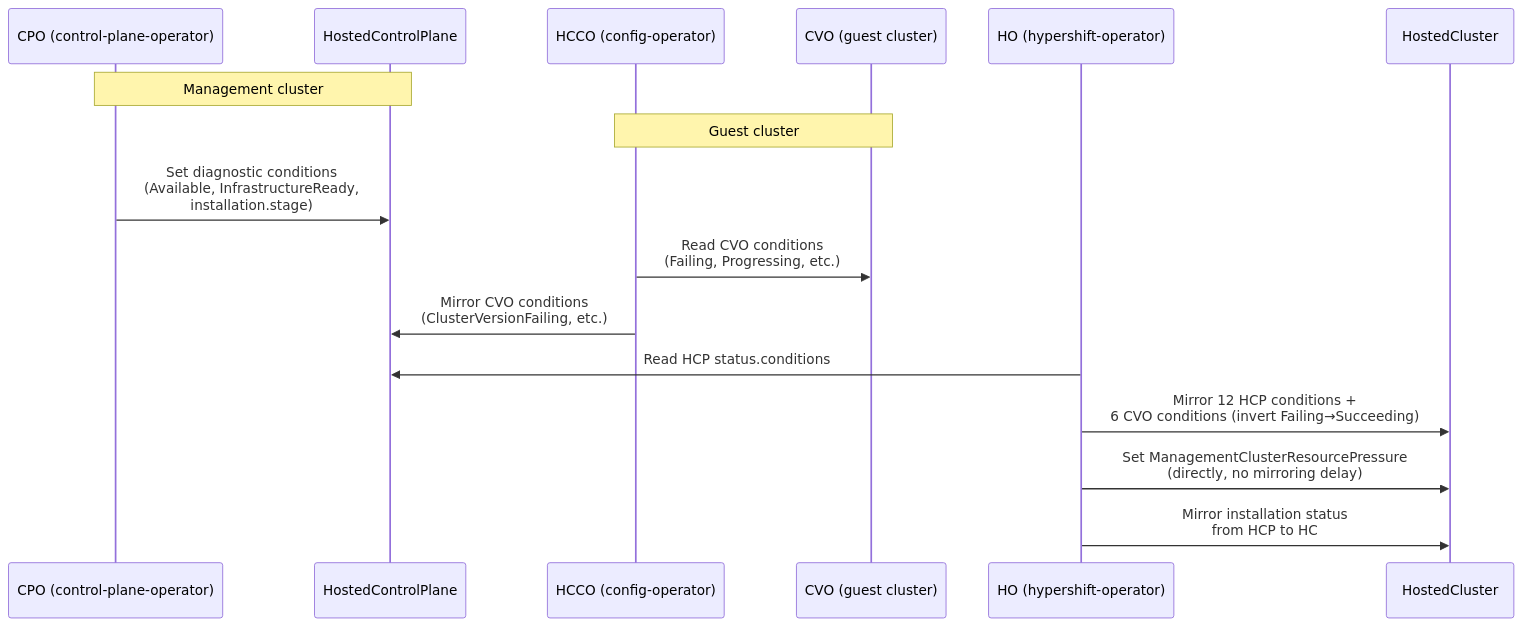
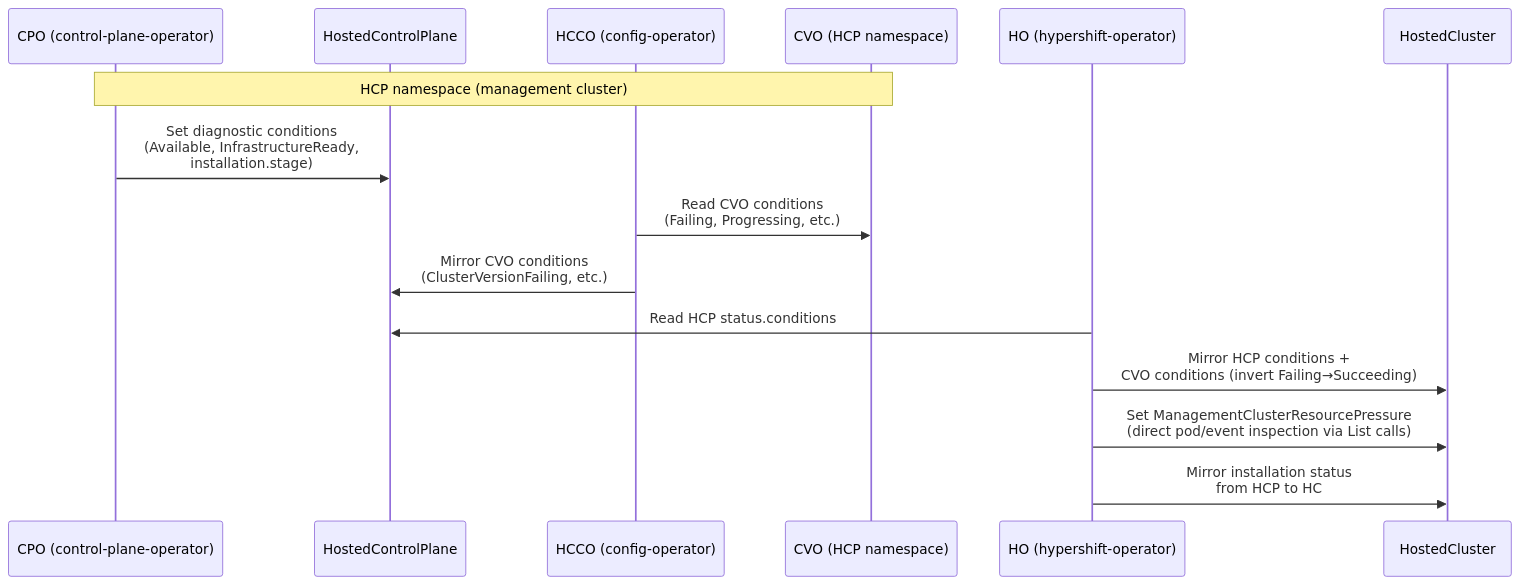
Before and after one commit to openshift/enhancements: the first of 2 diagrams in enhancements/hypershift/installation-failure-debuggability.md, drawn with Mermaid. The commit also changed other lines of this file, not shown here.

````diff
--- a/enhancements/hypershift/installation-failure-debuggability.md
+++ b/enhancements/hypershift/installation-failure-debuggability.md
@@ -269,20 +270,19 @@
 ```mermaid
 sequenceDiagram
     participant CPO as CPO (control-plane-operator)
     participant HCP as HostedControlPlane
     participant HCCO as HCCO (config-operator)
-    participant CVO as CVO (guest cluster)
+    participant CVO as CVO (HCP namespace)
     participant HO as HO (hypershift-operator)
     participant HC as HostedCluster
 
-    Note over CPO,HCP: Management cluster
-    Note over HCCO,CVO: Guest cluster
+    Note over CPO,CVO: HCP namespace (management cluster)
 
     CPO->>HCP: Set diagnostic conditions<br/>(Available, InfrastructureReady,<br/>installation.stage)
     HCCO->>CVO: Read CVO conditions<br/>(Failing, Progressing, etc.)
     HCCO->>HCP: Mirror CVO conditions<br/>(ClusterVersionFailing, etc.)
     HO->>HCP: Read HCP status.conditions
-    HO->>HC: Mirror 12 HCP conditions +<br/>6 CVO conditions (invert Failing→Succeeding)
-    HO->>HC: Set ManagementClusterResourcePressure<br/>(directly, no mirroring delay)
+    HO->>HC: Mirror HCP conditions +<br/>CVO conditions (invert Failing→Succeeding)
+    HO->>HC: Set ManagementClusterResourcePressure<br/>(direct pod/event inspection via List calls)
     HO->>HC: Mirror installation status<br/>from HCP to HC
 ```
````
